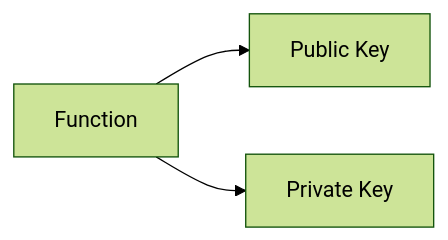
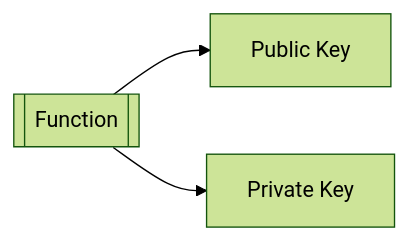
One commit to mzyzc/echo changed the diagram in assets/src/key-pair.mmd. Above: the diagram before and after it, drawn with Mermaid (forest theme). The commit also changed 2 other files, not shown here.

```diff
--- a/assets/src/key-pair.mmd
+++ b/assets/src/key-pair.mmd
@@ -1,3 +1,3 @@
 flowchart LR
-    Function --> Pu[Public Key]
-    Function --> Pr[Private Key]
+    f[[Function]] --> Pu[Public Key]
+    f --> Pr[Private Key]
```
